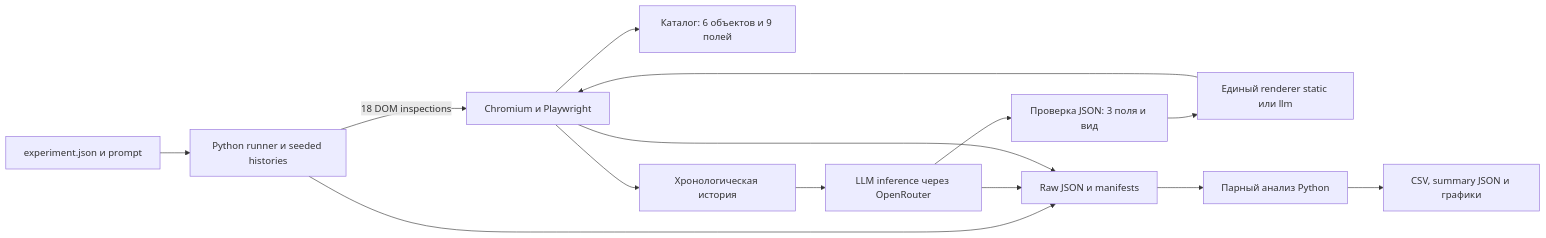
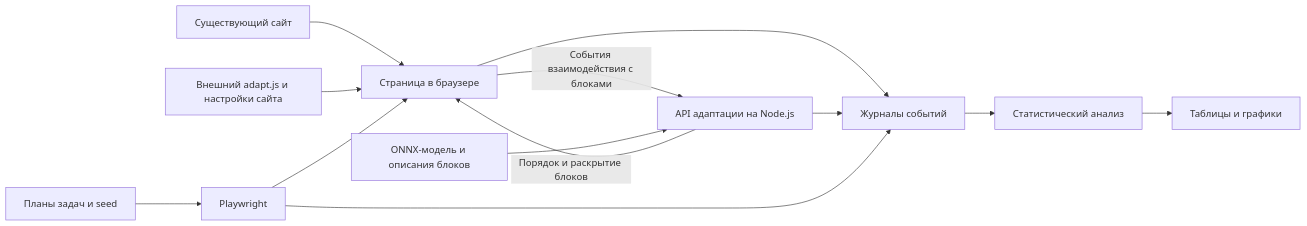
One commit to Gentofluck/adaptive-ui-design changed the diagram in architecture.mmd. Above: the diagram before and after it, drawn with Mermaid. The commit also changed 4 other files, not shown here.

```diff
--- a/architecture.mmd
+++ b/architecture.mmd
@@ -1,14 +1,13 @@
 flowchart LR
-    C[experiment.json и prompt] --> R[Python runner и seeded histories]
-    R -->|18 DOM inspections| B[Chromium и Playwright]
-    B --> W[Каталог: 6 объектов и 9 полей]
-    B --> H[Хронологическая история]
-    H --> L[LLM inference через OpenRouter]
-    L --> V[Проверка JSON: 3 поля и вид]
-    V --> S[Единый renderer static или llm]
-    S --> B
-    R --> D[Raw JSON и manifests]
-    L --> D
-    B --> D
-    D --> A[Парный анализ Python]
-    A --> O[CSV, summary JSON и графики]
+    S[Существующий сайт] --> B[Страница в браузере]
+    J[Внешний adapt.js и настройки сайта] --> B
+    B -->|События взаимодействия с блоками| N[API адаптации на Node.js]
+    M[ONNX-модель и описания блоков] --> N
+    N -->|Порядок и раскрытие блоков| B
+    G[Планы задач и seed] --> P[Playwright]
+    P --> B
+    B --> L[Журналы событий]
+    N --> L
+    P --> L
+    L --> A[Статистический анализ]
+    A --> R[Таблицы и графики]
```
